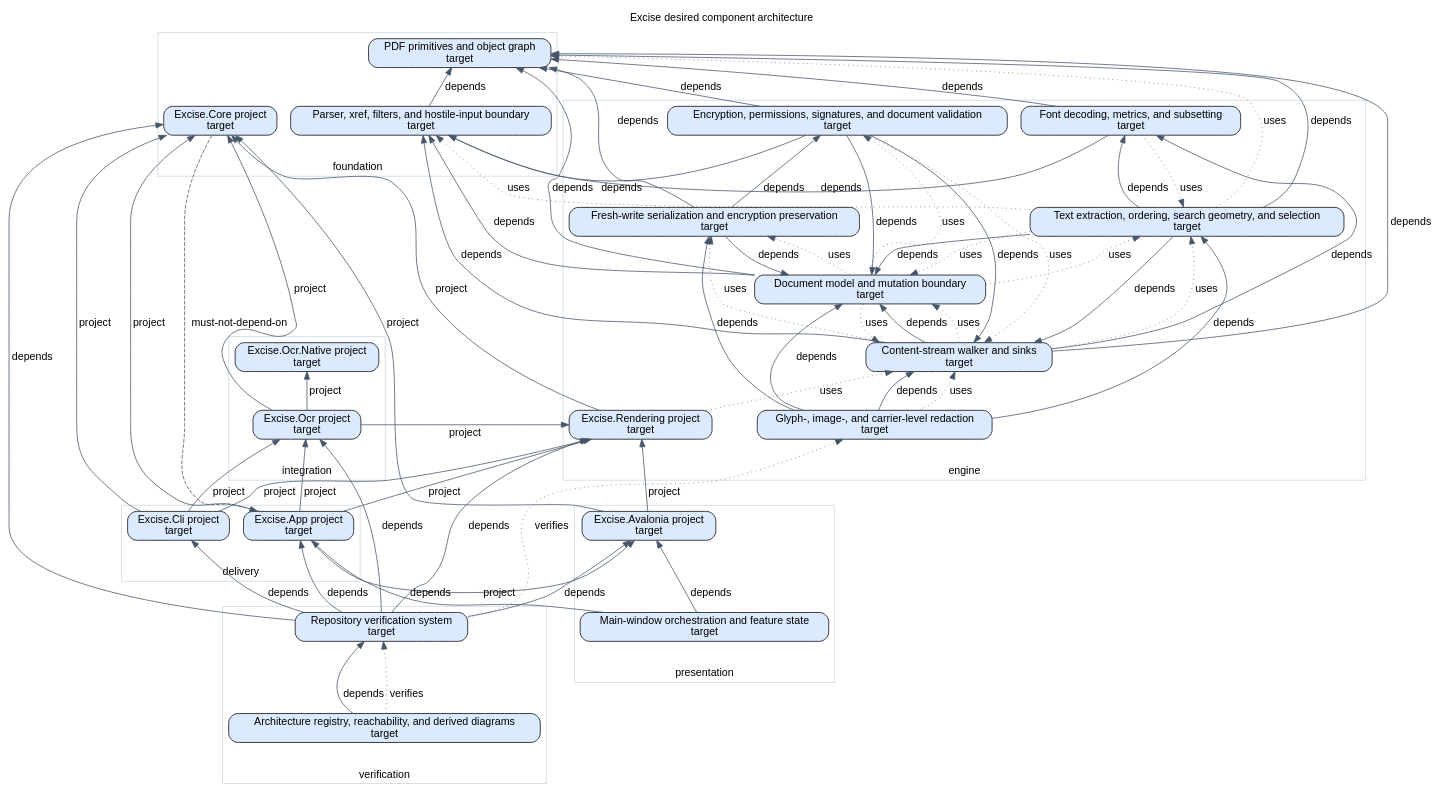
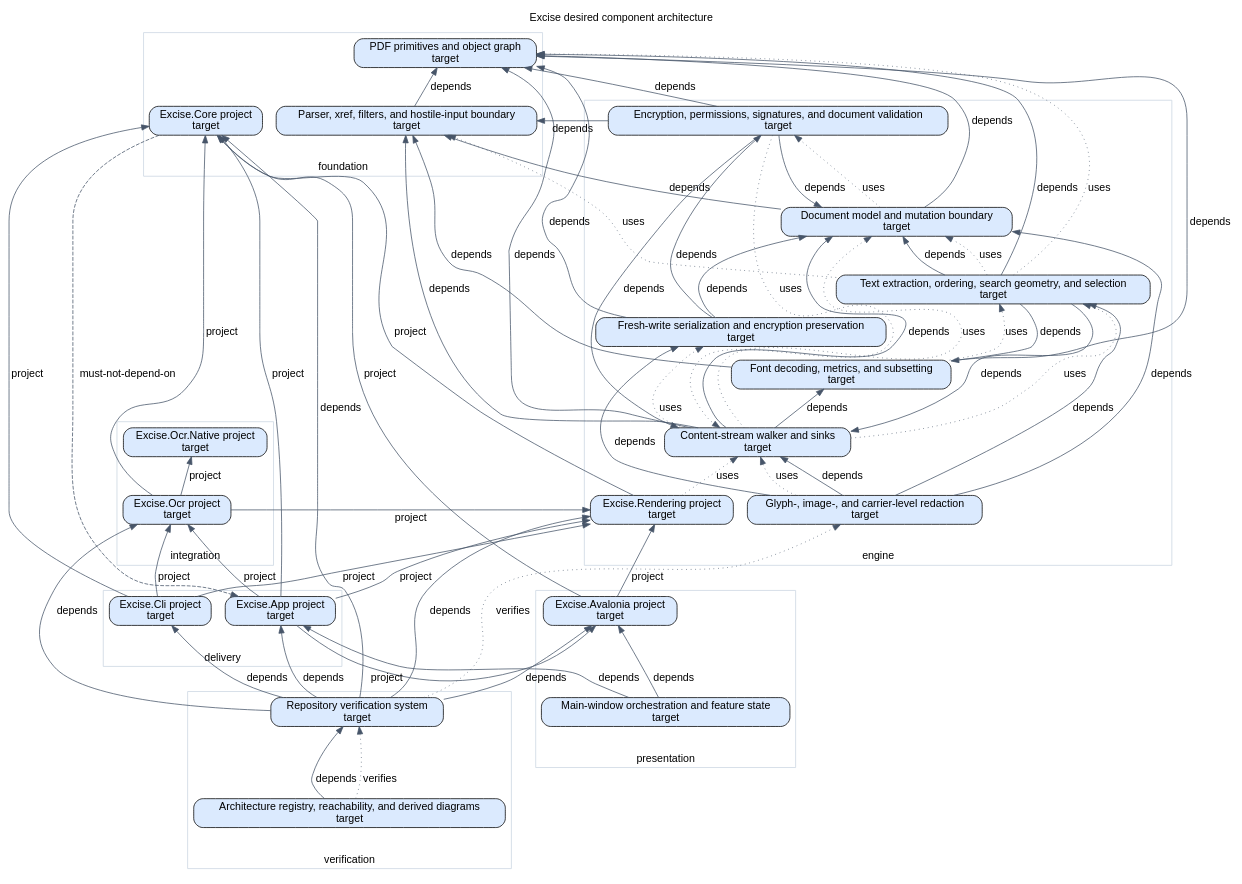
Before and after one commit to marctjones/excise: the diagram in architecture/generated/target-components.dot, drawn with Graphviz. The commit also changed 21 other files, not shown here.

Commit message:
refactor(core): source-own document engine facades (#1316)

```diff
--- a/architecture/generated/target-components.dot
+++ b/architecture/generated/target-components.dot
@@ -1,112 +1,109 @@
 // Generated by scripts/check_architecture_registry.py. Do not edit by hand.
 digraph excise_architecture {
   graph [rankdir=BT, fontname="Helvetica", labelloc=t, label="Excise desired component architecture"];
   node [shape=box, style="rounded,filled", fontname="Helvetica"];
   edge [fontname="Helvetica", color="#475569"];
   subgraph cluster_delivery {
     label="delivery";
     color="#cbd5e1";
     "app" [label="Excise.App project\ntarget", fillcolor="#dbeafe"];
     "cli" [label="Excise.Cli project\ntarget", fillcolor="#dbeafe"];
   }
   subgraph cluster_engine {
     label="engine";
     color="#cbd5e1";
     "core-content" [label="Content-stream walker and sinks\ntarget", fillcolor="#dbeafe"];
     "core-document" [label="Document model and mutation boundary\ntarget", fillcolor="#dbeafe"];
     "core-fonts" [label="Font decoding, metrics, and subsetting\ntarget", fillcolor="#dbeafe"];
     "core-redaction" [label="Glyph-, image-, and carrier-level redaction\ntarget", fillcolor="#dbeafe"];
     "core-security" [label="Encryption, permissions, signatures, and document validation\ntarget", fillcolor="#dbeafe"];
     "core-text" [label="Text extraction, ordering, search geometry, and selection\ntarget", fillcolor="#dbeafe"];
     "core-writing" [label="Fresh-write serialization and encryption preservation\ntarget", fillcolor="#dbeafe"];
     "rendering" [label="Excise.Rendering project\ntarget", fillcolor="#dbeafe"];
   }
   subgraph cluster_foundation {
     label="foundation";
     color="#cbd5e1";
     "core" [label="Excise.Core project\ntarget", fillcolor="#dbeafe"];
     "core-parsing" [label="Parser, xref, filters, and hostile-input boundary\ntarget", fillcolor="#dbeafe"];
     "core-primitives" [label="PDF primitives and object graph\ntarget", fillcolor="#dbeafe"];
   }
   subgraph cluster_integration {
     label="integration";
     color="#cbd5e1";
     "ocr" [label="Excise.Ocr project\ntarget", fillcolor="#dbeafe"];
     "ocr-native" [label="Excise.Ocr.Native project\ntarget", fillcolor="#dbeafe"];
   }
   subgraph cluster_presentation {
     label="presentation";
     color="#cbd5e1";
     "app-main-window" [label="Main-window orchestration and feature state\ntarget", fillcolor="#dbeafe"];
     "avalonia" [label="Excise.Avalonia project\ntarget", fillcolor="#dbeafe"];
   }
   subgraph cluster_verification {
     label="verification";
     color="#cbd5e1";
     "architecture-tooling" [label="Architecture registry, reachability, and derived diagrams\ntarget", fillcolor="#dbeafe"];
     "verification" [label="Repository verification system\ntarget", fillcolor="#dbeafe"];
   }
   "app" -> "avalonia" [label="project", style="solid"];
   "app" -> "core" [label="project", style="solid"];
   "app" -> "ocr" [label="project", style="solid"];
   "app" -> "rendering" [label="project", style="solid"];
   "app-main-window" -> "app" [label="depends", style="solid"];
   "app-main-window" -> "avalonia" [label="depends", style="solid"];
   "architecture-tooling" -> "verification" [label="depends", style="solid"];
   "architecture-tooling" -> "verification" [label="verifies", style="dotted"];
   "avalonia" -> "core" [label="project", style="solid"];
   "avalonia" -> "rendering" [label="project", style="solid"];
   "cli" -> "core" [label="project", style="solid"];
   "cli" -> "ocr" [label="project", style="solid"];
   "cli" -> "rendering" [label="project", style="solid"];
   "core" -> "app" [label="must-not-depend-on", style="dashed"];
   "core-content" -> "core-document" [label="depends", style="solid"];
   "core-content" -> "core-document" [label="uses", style="dotted"];
   "core-content" -> "core-fonts" [label="depends", style="solid"];
   "core-content" -> "core-parsing" [label="depends", style="solid"];
   "core-content" -> "core-primitives" [label="depends", style="solid"];
   "core-content" -> "core-text" [label="uses", style="dotted"];
   "core-content" -> "core-writing" [label="uses", style="dotted"];
-  "core-document" -> "core-content" [label="uses", style="dotted"];
   "core-document" -> "core-parsing" [label="depends", style="solid"];
   "core-document" -> "core-primitives" [label="depends", style="solid"];
   "core-document" -> "core-security" [label="uses", style="dotted"];
-  "core-document" -> "core-text" [label="uses", style="dotted"];
-  "core-document" -> "core-writing" [label="uses", style="dotted"];
   "core-fonts" -> "core-parsing" [label="depends", style="solid"];
   "core-fonts" -> "core-primitives" [label="depends", style="solid"];
   "core-fonts" -> "core-text" [label="uses", style="dotted"];
   "core-parsing" -> "core-primitives" [label="depends", style="solid"];
   "core-redaction" -> "core-content" [label="depends", style="solid"];
   "core-redaction" -> "core-content" [label="uses", style="dotted"];
   "core-redaction" -> "core-document" [label="depends", style="solid"];
   "core-redaction" -> "core-text" [label="depends", style="solid"];
   "core-redaction" -> "core-writing" [label="depends", style="solid"];
   "core-security" -> "core-content" [label="depends", style="solid"];
   "core-security" -> "core-content" [label="uses", style="dotted"];
   "core-security" -> "core-document" [label="depends", style="solid"];
   "core-security" -> "core-parsing" [label="depends", style="solid"];
   "core-security" -> "core-primitives" [label="depends", style="solid"];
   "core-text" -> "core-content" [label="depends", style="solid"];
   "core-text" -> "core-document" [label="depends", style="solid"];
   "core-text" -> "core-document" [label="uses", style="dotted"];
   "core-text" -> "core-fonts" [label="depends", style="solid"];
   "core-text" -> "core-parsing" [label="uses", style="dotted"];
   "core-text" -> "core-primitives" [label="depends", style="solid"];
   "core-text" -> "core-primitives" [label="uses", style="dotted"];
   "core-writing" -> "core-document" [label="depends", style="solid"];
   "core-writing" -> "core-primitives" [label="depends", style="solid"];
   "core-writing" -> "core-security" [label="depends", style="solid"];
   "ocr" -> "core" [label="project", style="solid"];
   "ocr" -> "ocr-native" [label="project", style="solid"];
   "ocr" -> "rendering" [label="project", style="solid"];
   "rendering" -> "core" [label="project", style="solid"];
   "rendering" -> "core-content" [label="uses", style="dotted"];
   "verification" -> "app" [label="depends", style="solid"];
   "verification" -> "avalonia" [label="depends", style="solid"];
   "verification" -> "cli" [label="depends", style="solid"];
   "verification" -> "core" [label="depends", style="solid"];
   "verification" -> "core-redaction" [label="verifies", style="dotted"];
   "verification" -> "ocr" [label="depends", style="solid"];
   "verification" -> "rendering" [label="depends", style="solid"];
 }
```
